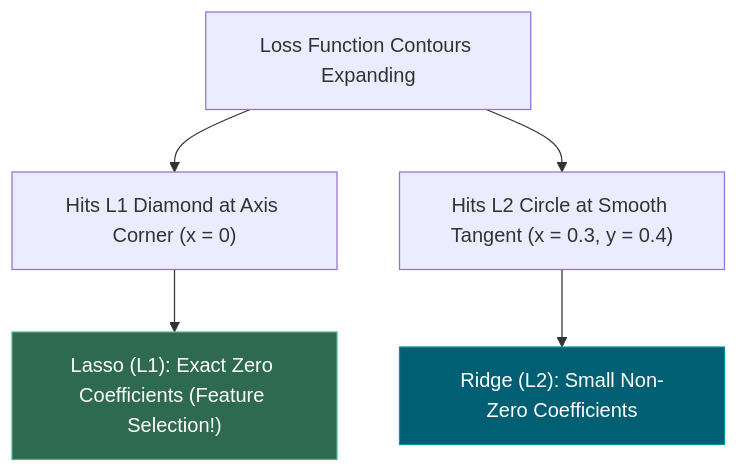
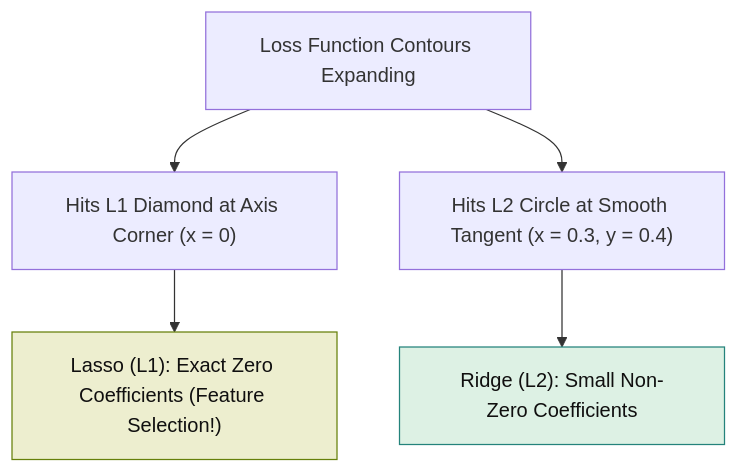
One commit to madhankumar-chiluveri/ai-ml-course changed the third of 8 diagrams in course-path/phase-1-math-foundations/01_vectors_vector_spaces_norms.md. Above: the diagram before and after it, drawn with Mermaid. The commit also changed other lines of this file and 41 other files, not shown here.

````diff
--- a/course-path/phase-1-math-foundations/01_vectors_vector_spaces_norms.md
+++ b/course-path/phase-1-math-foundations/01_vectors_vector_spaces_norms.md
@@ -162,11 +159,12 @@
 ```mermaid
 flowchart TD
     LOSS["Loss Function Contours Expanding"] --> L1["Hits L1 Diamond at Axis Corner (x = 0)"]
     LOSS --> L2["Hits L2 Circle at Smooth Tangent (x = 0.3, y = 0.4)"]
 
     L1 --> SPARSE["Lasso (L1): Exact Zero Coefficients (Feature Selection!)"]
     L2 --> SMOOTH["Ridge (L2): Small Non-Zero Coefficients"]
-
-    style SPARSE fill:#2d6a4f,stroke:#52b788,color:#fff
-    style SMOOTH fill:#005f73,stroke:#0a9396,color:#fff
+    class SPARSE ok
+    classDef ok fill:#EDEECF,stroke:#66800B,color:#100F0F
+    class SMOOTH proc
+    classDef proc fill:#DDF1E4,stroke:#24837B,color:#100F0F
 ```
````
